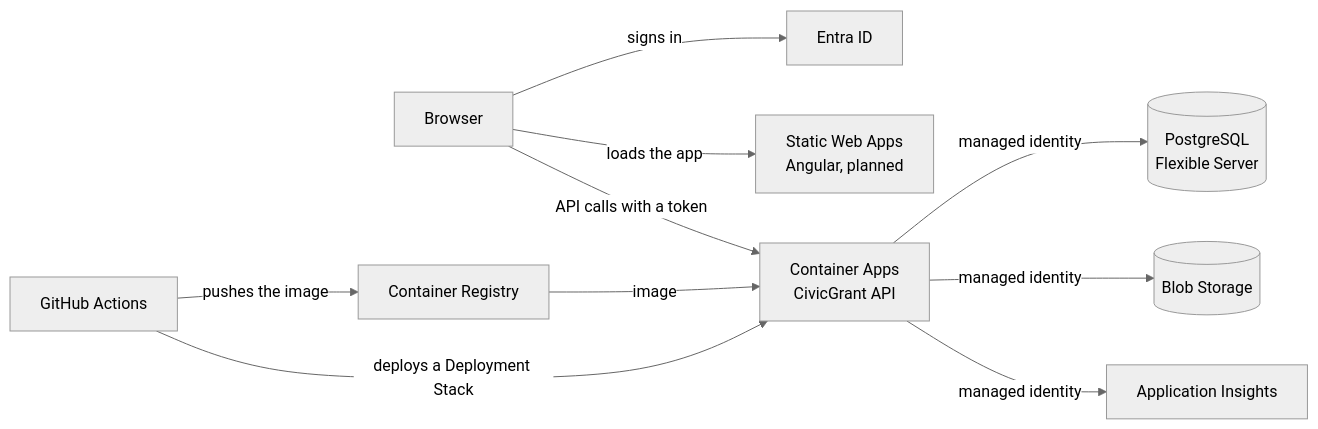
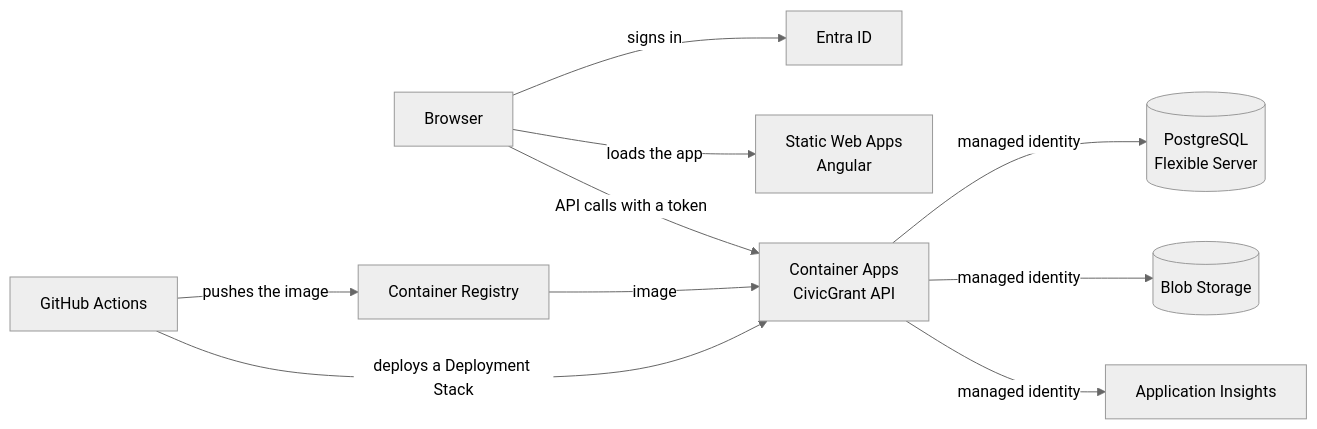
Before and after one commit to AchZak/civicgrant: the second of 2 diagrams in README.md, drawn with Mermaid (neutral theme). The commit also changed other lines of this file, not shown here.

Commit message:
docs(readme): describe the frontend's hosting

````diff
--- a/README.md
+++ b/README.md
@@ -122,12 +122,12 @@
 ```mermaid
 flowchart LR
     browser["Browser"] -->|"signs in"| entra["Entra ID"]
-    browser -->|"loads the app"| swa["Static Web Apps<br/>Angular, planned"]
+    browser -->|"loads the app"| swa["Static Web Apps<br/>Angular"]
     browser -->|"API calls with a token"| aca["Container Apps<br/>CivicGrant API"]
     aca -->|"managed identity"| pg[("PostgreSQL<br/>Flexible Server")]
     aca -->|"managed identity"| blob[("Blob Storage")]
     aca -->|"managed identity"| appi["Application Insights"]
     acr["Container Registry"] -->|"image"| aca
     gha["GitHub Actions"] -->|"pushes the image"| acr
     gha -->|"deploys a Deployment Stack"| aca
 ```
````
